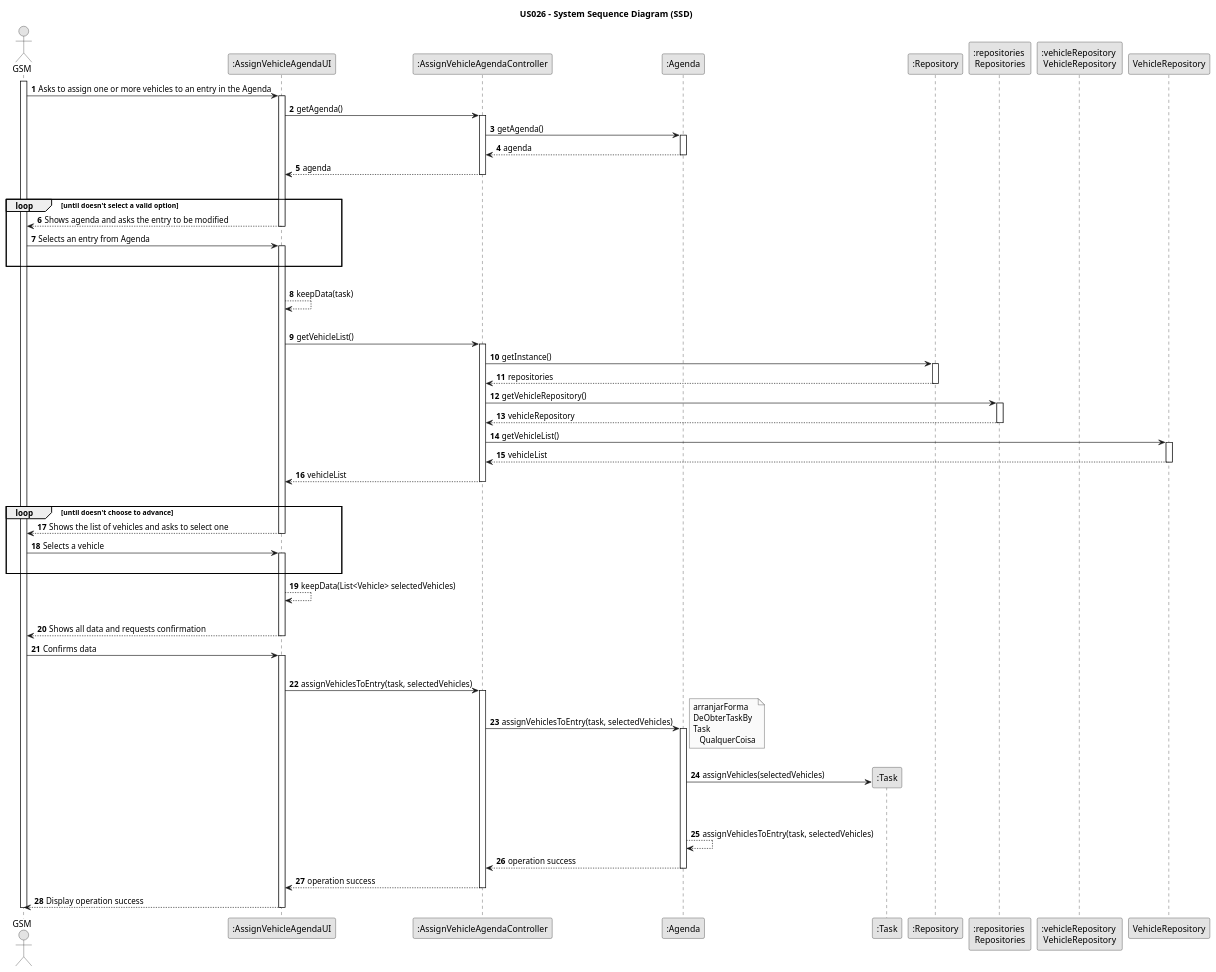
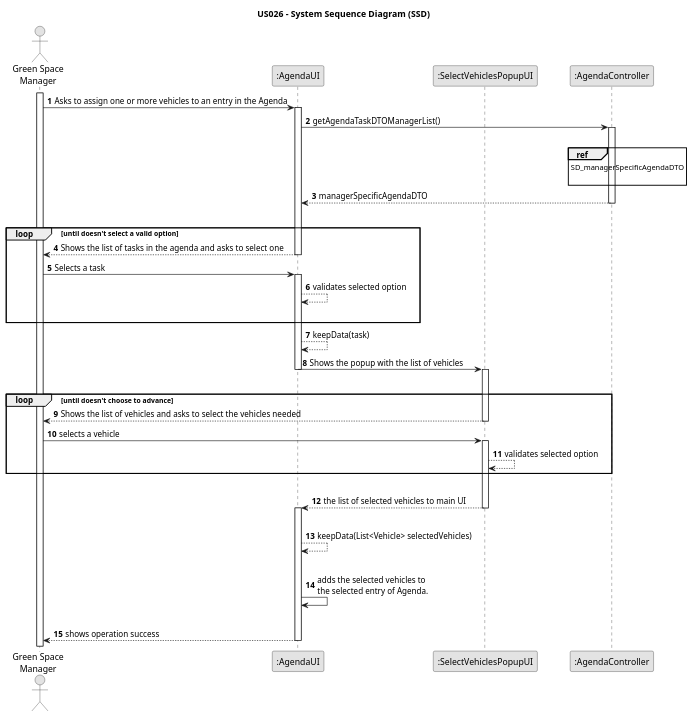
The diagram in docs/sprintC/us026/03.design/puml/us026-sequence-diagram.puml (Rui-San/LAPR2_2023_2024), drawn with PlantUML before and after one commit. The commit also changed 3 other files, not shown here.

```diff
--- a/docs/sprintC/us026/03.design/puml/us026-sequence-diagram.puml
+++ b/docs/sprintC/us026/03.design/puml/us026-sequence-diagram.puml
@@ -1,148 +1,70 @@
 @startuml
 skinparam monochrome true
 skinparam packageStyle rectangle
 skinparam shadowing false
 
 title US026 - System Sequence Diagram (SSD)
 
 autonumber
 
-actor "GSM" as GSM
-participant ":AssignVehicleAgendaUI" as UI
-participant ":AssignVehicleAgendaController" as CTRL
-participant ":Agenda" as Agenda
-participant ":Task" as Task
-participant ":Repository" as REP
-participant ":repositories \nRepositories" as REPS
-participant ":vehicleRepository \nVehicleRepository" as VR
 
-
+actor "Green Space\nManager" as GSM
+participant ":AgendaUI" as UI
+participant ":SelectVehiclesPopupUI" as POPUP
+participant ":AgendaController" as AGENDA_CTRL
 
 activate GSM
 
-    GSM -> UI : Asks to assign one or more vehicles to an entry in the Agenda
+GSM -> UI: Asks to assign one or more vehicles to an entry in the Agenda
+activate UI
+UI -> AGENDA_CTRL : getAgendaTaskDTOManagerList()
+    activate AGENDA_CTRL
+    |||
+    ref over AGENDA_CTRL
+    SD_managerSpecificAgendaDTO
 
-
-
-    activate UI
-
-    UI -> CTRL : getAgenda()
-
-    activate CTRL
-
-        CTRL -> Agenda : getAgenda()
-
-        activate Agenda
-
-            Agenda --> CTRL : agenda
-        deactivate Agenda
-
-        CTRL --> UI : agenda
-    deactivate CTRL
+    end ref
+    AGENDA_CTRL --> UI : managerSpecificAgendaDTO
+    deactivate AGENDA_CTRL
     |||
 
     loop until doesn't select a valid option
 
-        UI --> GSM : Shows agenda and asks the entry to be modified
+    UI --> GSM: Shows the list of tasks in the agenda and asks to select one
+deactivate UI
 
-        deactivate UI
+GSM -> UI : Selects a task
+activate UI
+UI --> UI : validates selected option
+|||
+end loop
 
-        GSM -> UI : Selects an entry from Agenda
+    UI --> UI : keepData(task)
 
-        activate UI
-        |||
-        end loop
-        |||
-        UI --> UI : keepData(task)
-        |||
+    UI -> POPUP : Shows the popup with the list of vehicles
+    deactivate UI
+    activate POPUP
+    |||
+    loop until doesn't choose to advance
+    POPUP --> GSM: Shows the list of vehicles and asks to select the vehicles needed
+deactivate POPUP
 
-        UI -> CTRL : getVehicleList()
-
-         activate CTRL
-
-                    CTRL -> REP : getInstance()
-
-                    activate REP
-
-                    REP --> CTRL : repositories
-                    deactivate REP
-
-                    CTRL -> REPS : getVehicleRepository()
-                    activate REPS
-
-                    REPS --> CTRL : vehicleRepository
-                    deactivate REPS
-
-                    CTRL -> VehicleRepository : getVehicleList()
-                    activate VehicleRepository
-
-                    VehicleRepository --> CTRL : vehicleList
-                    deactivate VehicleRepository
-
-                    CTRL --> UI : vehicleList
-                   deactivate CTRL
-                    |||
-
-        loop until doesn't choose to advance
-        UI --> GSM : Shows the list of vehicles and asks to select one
-            deactivate UI
-
-    GSM -> UI : Selects a vehicle
-    activate UI
-        |||
-        end
-
-        UI --> UI : keepData(List<Vehicle> selectedVehicles)
-        |||
-
-        UI --> GSM : Shows all data and requests confirmation
-    deactivate UI
-
-    GSM -> UI: Confirms data
-
-    activate UI
-        |||
-
-        UI -> CTRL : assignVehiclesToEntry(task, selectedVehicles)
-
-        activate CTRL
-
-            CTRL -> Agenda : assignVehiclesToEntry(task, selectedVehicles)
-
-            activate Agenda
-
-            note right
-             arranjarForma
-             DeObterTaskBy
-             Task
-                QualquerCoisa
-            end note
-            |||
-            Agenda -> Task** : assignVehicles(selectedVehicles)
-            |||
-            |||
-
-            Agenda --> Agenda : assignVehiclesToEntry(task, selectedVehicles)
-
-            Agenda --> CTRL : operation success
-        deactivate Agenda
-
-        CTRL --> UI : operation success
-
-        deactivate CTRL
-
-        UI --> GSM : Display operation success
+GSM -> POPUP : selects a vehicle
+activate POPUP
+POPUP --> POPUP : validates selected option
+end loop
+|||
+POPUP --> UI : the list of selected vehicles to main UI
+deactivate POPUP
+activate UI
+    |||
+    UI --> UI : keepData(List<Vehicle> selectedVehicles)
+    |||
+    UI -> UI : adds the selected vehicles to\nthe selected entry of Agenda.
+    |||
 
 
-
-    deactivate UI
-
-
-
-
-
-
-deactivate GSM
-
+    UI --> GSM: shows operation success
+deactivate UI
 
 @enduml
```
